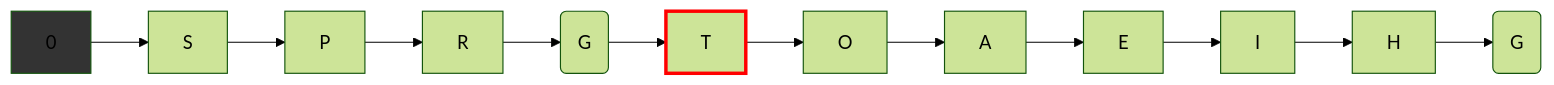
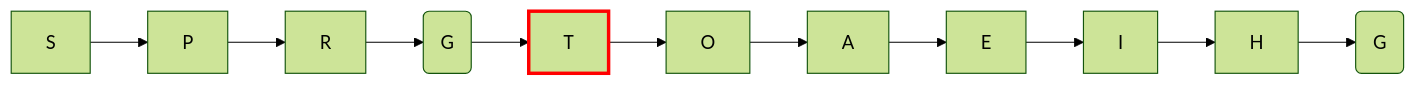
The sixth of 18 diagrams in README.md (west7/EDA2), drawn with Mermaid (forest theme) before and after one commit. The commit also changed other lines of this file and 25 other files, not shown here.

````diff
--- a/README.md
+++ b/README.md
@@ -508,7 +522,6 @@
 ```mermaid
     graph LR;
-    0 --> S --> P --> R --> G1(G) --> T --> O --> A --> E --> I --> H --> G2(G)
+    S --> P --> R --> G1(G) --> T --> O --> A --> E --> I --> H --> G2(G)
 
     style T stroke-width: 3px, stroke: #FF0000
-    style 0 fill: #333
 ```
````
